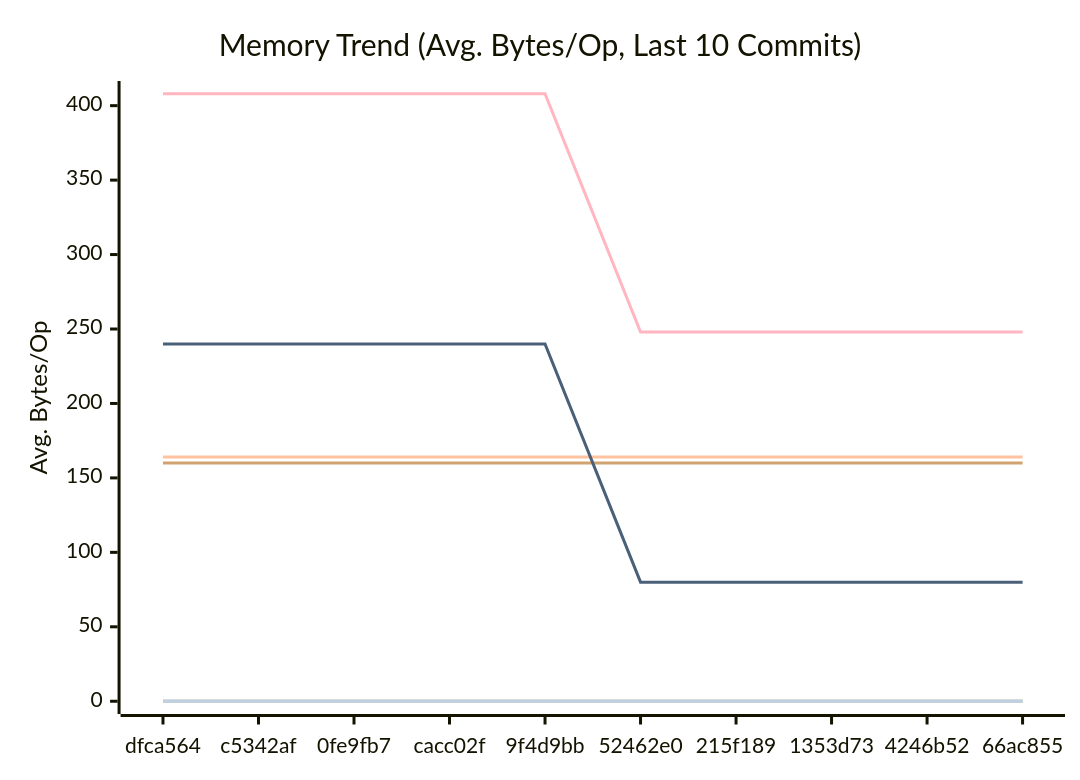
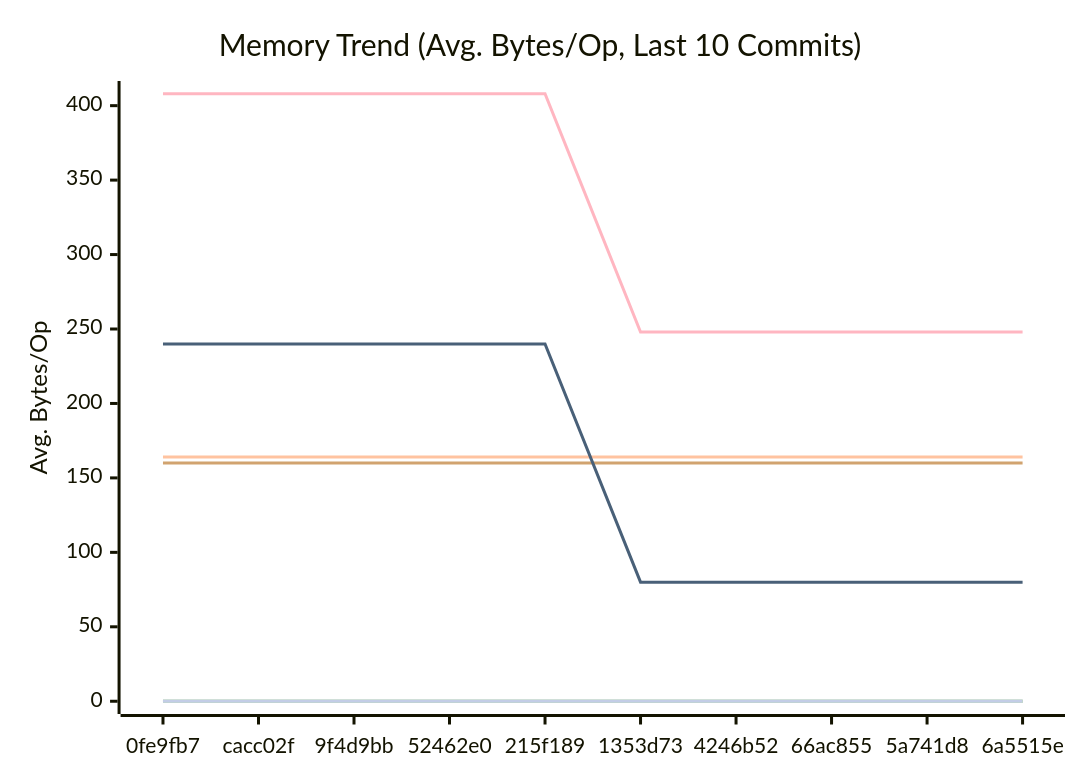
The second of 3 diagrams in docs/PERFORMANCE.md (alsotoes/momo), drawn with Mermaid before and after one commit. The commit also changed other lines of this file and 3 other files, not shown here.

````diff
--- a/docs/PERFORMANCE.md
+++ b/docs/PERFORMANCE.md
@@ -97,16 +97,16 @@
 ```mermaid
 xychart-beta
     title "Memory Trend (Avg. Bytes/Op, Last 10 Commits)"
     x-axis "Commit"
     y-axis "Avg. Bytes/Op"
-    x-axis [dfca564,c5342af,0fe9fb7,cacc02f,9f4d9bb,52462e0,215f189,1353d73,4246b52,66ac855]
+    x-axis [0fe9fb7,cacc02f,9f4d9bb,52462e0,215f189,1353d73,4246b52,66ac855,5a741d8,6a5515e]
     line "CheckMetricsAndSwap" [0,0,0,0,0,0,0,0,0,0]
     line "CrushOptimized" [0,0,0,0,0,0,0,0,0,0]
     line "CrushOriginal" [164,164,164,164,164,164,164,164,164,164]
     line "IndexDirectTracking" [0,0,0,0,0,0,0,0,0,0]
     line "IndexSearch" [0,0,0,0,0,0,0,0,0,0]
     line "LoadGlobalConfig" [160,160,160,160,160,160,160,160,160,160]
     line "PadString" [0,0,0,0,0,0,0,0,0,0]
     line "ParseReplicationOrder_NoPrealloc" [408,408,408,408,408,248,248,248,248,248]
     line "ParseReplicationOrder_Prealloc" [240,240,240,240,240,80,80,80,80,80]
 ```
````
